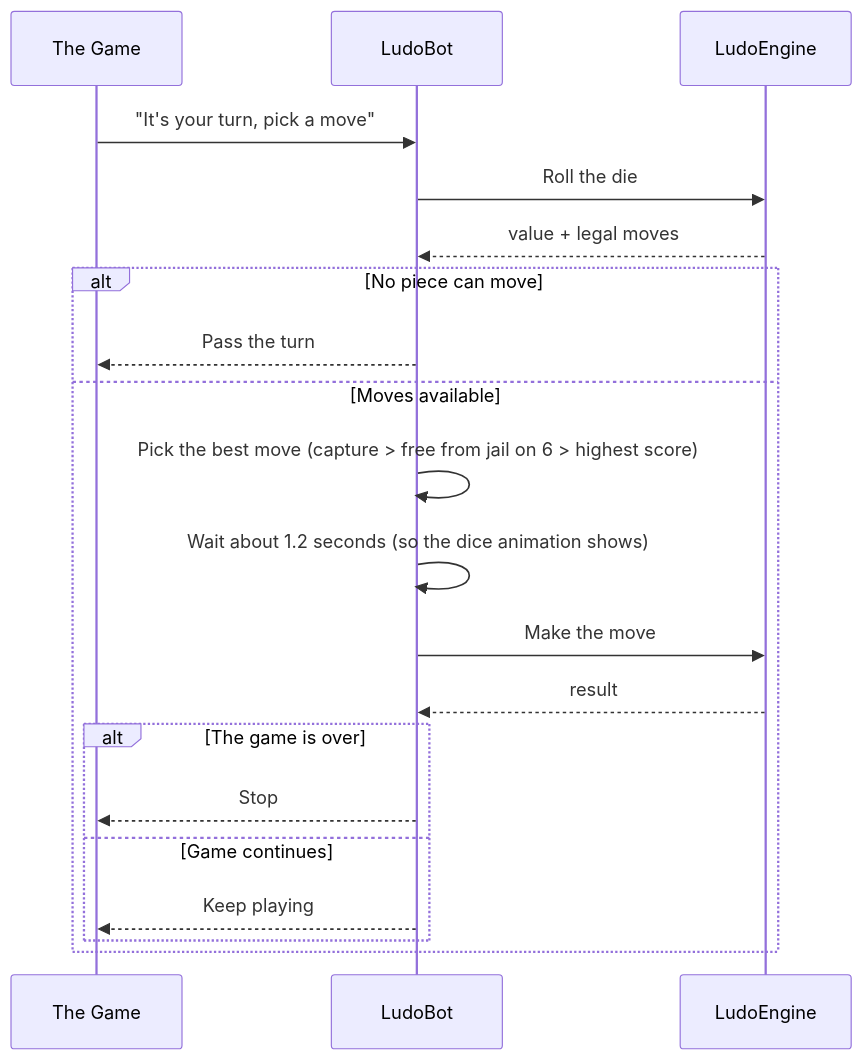
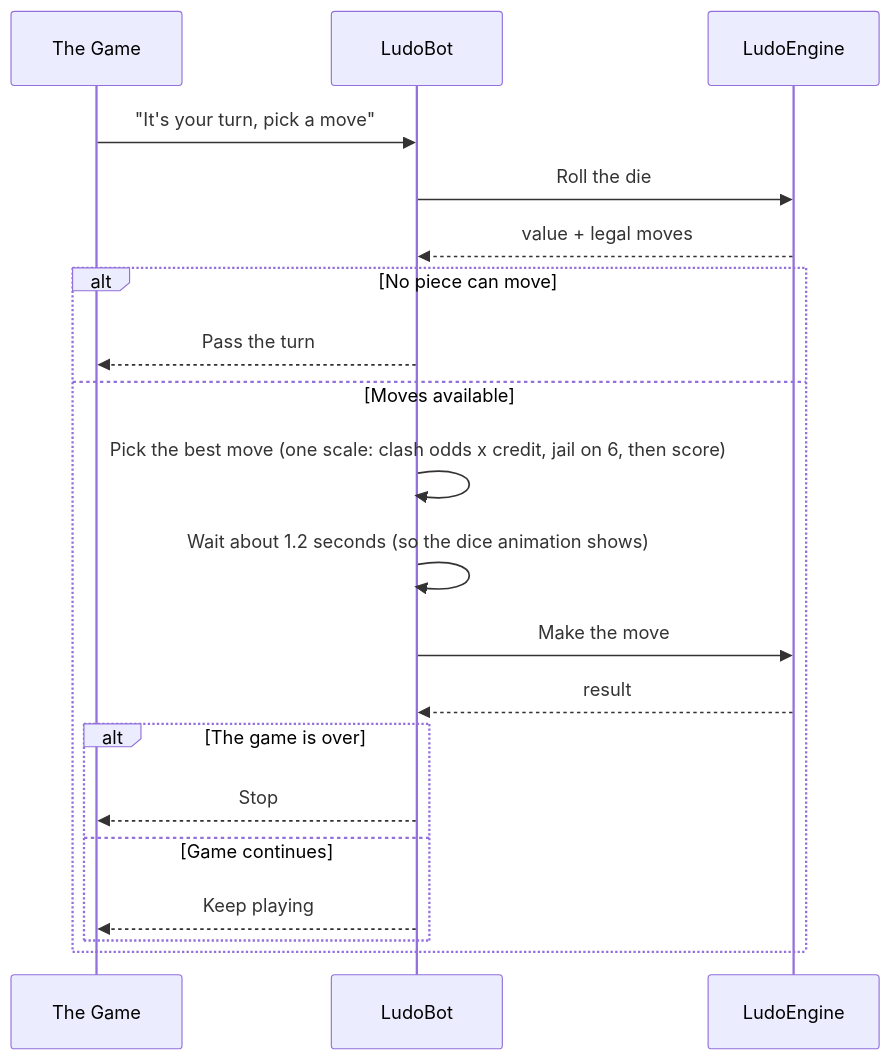
Before and after one commit to IrmaJoKerr/ft_transcendence-ludo: the first of 3 diagrams in docs/ludo-engine/ludo-engine-bot-module.md, drawn with Mermaid. The commit also changed other lines of this file and 2 other files, not shown here.

Commit message:
feat: bot ranks a wall attack by its clash odds; re-arm a press deadline that fires early

````diff
--- a/docs/ludo-engine/ludo-engine-bot-module.md
+++ b/docs/ludo-engine/ludo-engine-bot-module.md
@@ -99,23 +123,23 @@
 ```mermaid
 sequenceDiagram
     participant Game as The Game
     participant Bot as LudoBot
     participant Engine as LudoEngine
 
     Game->>Bot: "It's your turn, pick a move"
     Bot->>Engine: Roll the die
     Engine-->>Bot: value + legal moves
     alt No piece can move
         Bot-->>Game: Pass the turn
     else Moves available
-        Bot->>Bot: Pick the best move (capture > free from jail on 6 > highest score)
+        Bot->>Bot: Pick the best move (one scale: clash odds x credit, jail on 6, then score)
         Bot->>Bot: Wait about 1.2 seconds (so the dice animation shows)
         Bot->>Engine: Make the move
         Engine-->>Bot: result
         alt The game is over
             Bot-->>Game: Stop
         else Game continues
             Bot-->>Game: Keep playing
         end
     end
 ```
````
